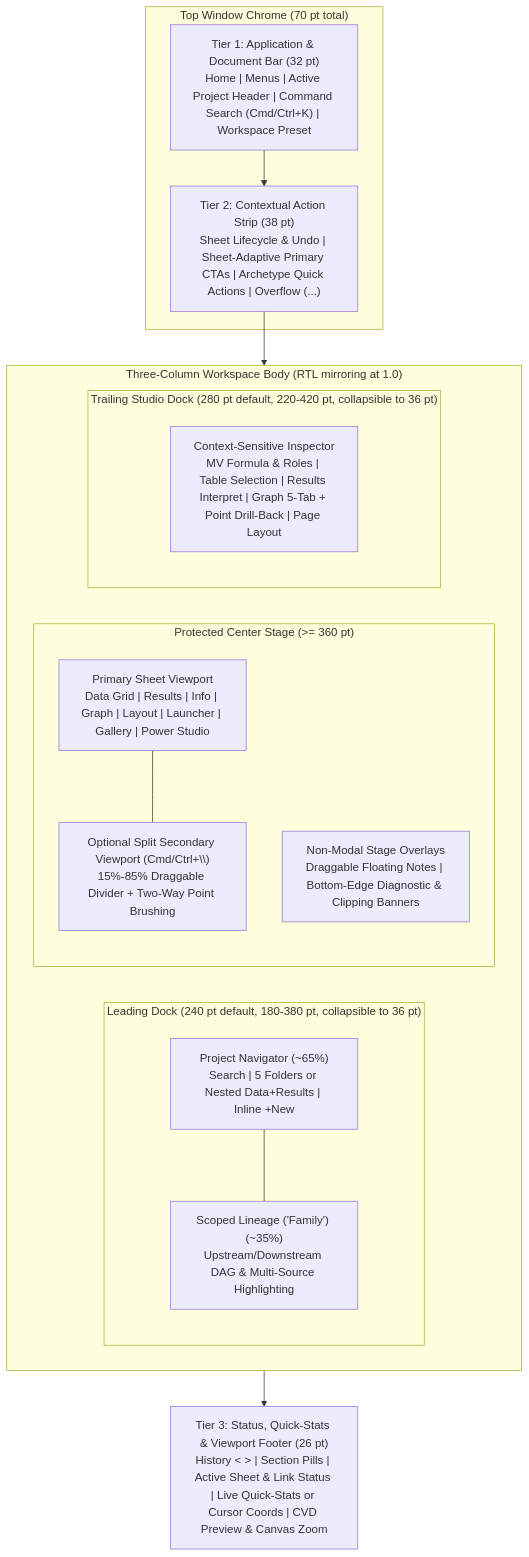
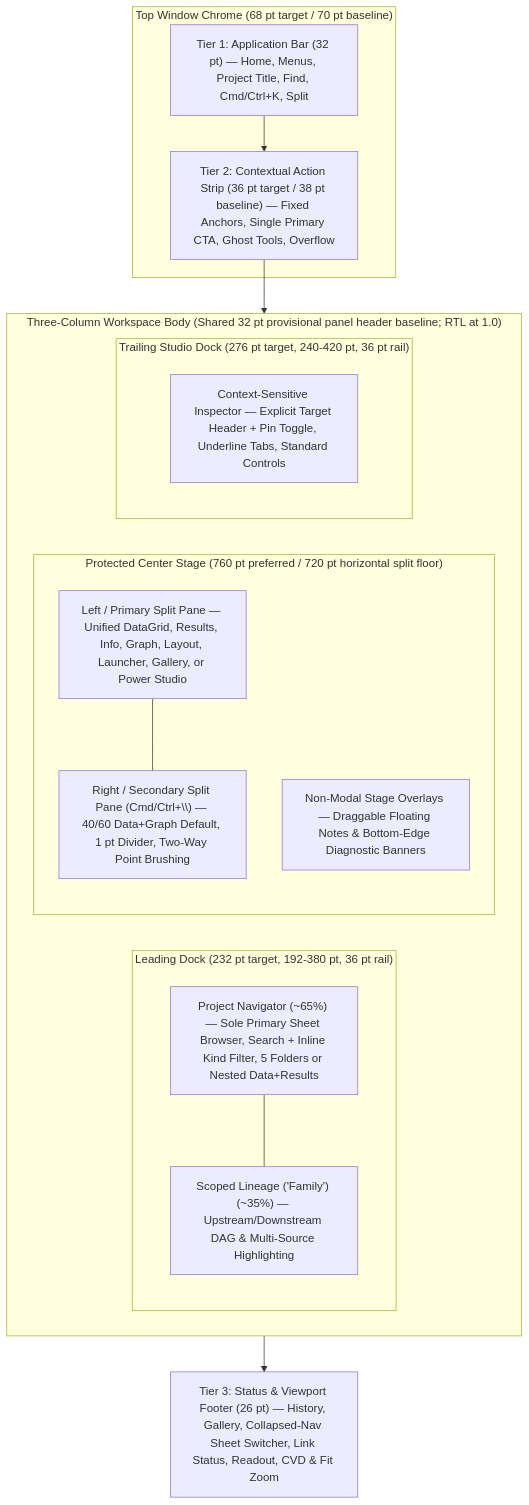
One commit to HauserGroup/curvebook changed the diagram in docs/planning/gui-layout-spec.md. Above: the diagram before and after it, drawn with Mermaid. The commit also changed other lines of this file and 2 other files, not shown here.

First line of the commit message:
Overhaul GUI design language and layout spec (R20.1)

````diff
--- a/docs/planning/gui-layout-spec.md
+++ b/docs/planning/gui-layout-spec.md
@@ -60,30 +58,30 @@
 ```mermaid
 flowchart TB
-    subgraph TopChrome["Top Window Chrome (70 pt total)"]
-        AppBar["Tier 1: Application & Document Bar (32 pt)<br/>Home | Menus | Active Project Header | Command Search (Cmd/Ctrl+K) | Workspace Preset"]
-        ActionStrip["Tier 2: Contextual Action Strip (38 pt)<br/>Sheet Lifecycle & Undo | Sheet-Adaptive Primary CTAs | Archetype Quick Actions | Overflow (...)"]
+    subgraph TopChrome["Top Window Chrome (68 pt target / 70 pt baseline)"]
+        AppBar["Tier 1: Application Bar (32 pt) — Home, Menus, Project Title, Find, Cmd/Ctrl+K, Split"]
+        ActionStrip["Tier 2: Contextual Action Strip (36 pt target / 38 pt baseline) — Fixed Anchors, Single Primary CTA, Ghost Tools, Overflow"]
     end
 
-    subgraph Body["Three-Column Workspace Body (RTL mirroring at 1.0)"]
-        subgraph LeadingDock["Leading Dock (240 pt default, 180-380 pt, collapsible to 36 pt)"]
-            NavTree["Project Navigator (~65%)<br/>Search | 5 Folders or Nested Data+Results | Inline +New"]
-            FamilyDAG["Scoped Lineage ('Family') (~35%)<br/>Upstream/Downstream DAG & Multi-Source Highlighting"]
+    subgraph Body["Three-Column Workspace Body (Shared 32 pt provisional panel header baseline; RTL at 1.0)"]
+        subgraph LeadingDock["Leading Dock (232 pt target, 192-380 pt, 36 pt rail)"]
+            NavTree["Project Navigator (~65%) — Sole Primary Sheet Browser, Search + Inline Kind Filter, 5 Folders or Nested Data+Results"]
+            FamilyDAG["Scoped Lineage ('Family') (~35%) — Upstream/Downstream DAG & Multi-Source Highlighting"]
         end
 
-        subgraph CenterStage["Protected Center Stage (>= 360 pt)"]
-            PrimaryPane["Primary Sheet Viewport<br/>Data Grid | Results | Info | Graph | Layout | Launcher | Gallery | Power Studio"]
-            SplitPane["Optional Split Secondary Viewport (Cmd/Ctrl+\\)<br/>15%-85% Draggable Divider + Two-Way Point Brushing"]
-            Overlays["Non-Modal Stage Overlays<br/>Draggable Floating Notes | Bottom-Edge Diagnostic & Clipping Banners"]
+        subgraph CenterStage["Protected Center Stage (760 pt preferred / 720 pt horizontal split floor)"]
+            PrimaryPane["Left / Primary Split Pane — Unified DataGrid, Results, Info, Graph, Layout, Launcher, Gallery, or Power Studio"]
+            SplitPane["Right / Secondary Split Pane (Cmd/Ctrl+\\) — 40/60 Data+Graph Default, 1 pt Divider, Two-Way Point Brushing"]
+            Overlays["Non-Modal Stage Overlays — Draggable Floating Notes & Bottom-Edge Diagnostic Banners"]
         end
 
-        subgraph TrailingDock["Trailing Studio Dock (280 pt default, 220-420 pt, collapsible to 36 pt)"]
-            Studio["Context-Sensitive Inspector<br/>MV Formula & Roles | Table Selection | Results Interpret | Graph 5-Tab + Point Drill-Back | Page Layout"]
+        subgraph TrailingDock["Trailing Studio Dock (276 pt target, 240-420 pt, 36 pt rail)"]
+            Studio["Context-Sensitive Inspector — Explicit Target Header + Pin Toggle, Underline Tabs, Standard Controls"]
         end
     end
 
-    Footer["Tier 3: Status, Quick-Stats & Viewport Footer (26 pt)<br/>History < > | Section Pills | Active Sheet & Link Status | Live Quick-Stats or Cursor Coords | CVD Preview & Canvas Zoom"]
+    Footer["Tier 3: Status & Viewport Footer (26 pt) — History, Gallery, Collapsed-Nav Sheet Switcher, Link Status, Readout, CVD & Fit Zoom"]
 
     AppBar --> ActionStrip --> Body --> Footer
     NavTree --- FamilyDAG
     PrimaryPane --- SplitPane
 ```
````
